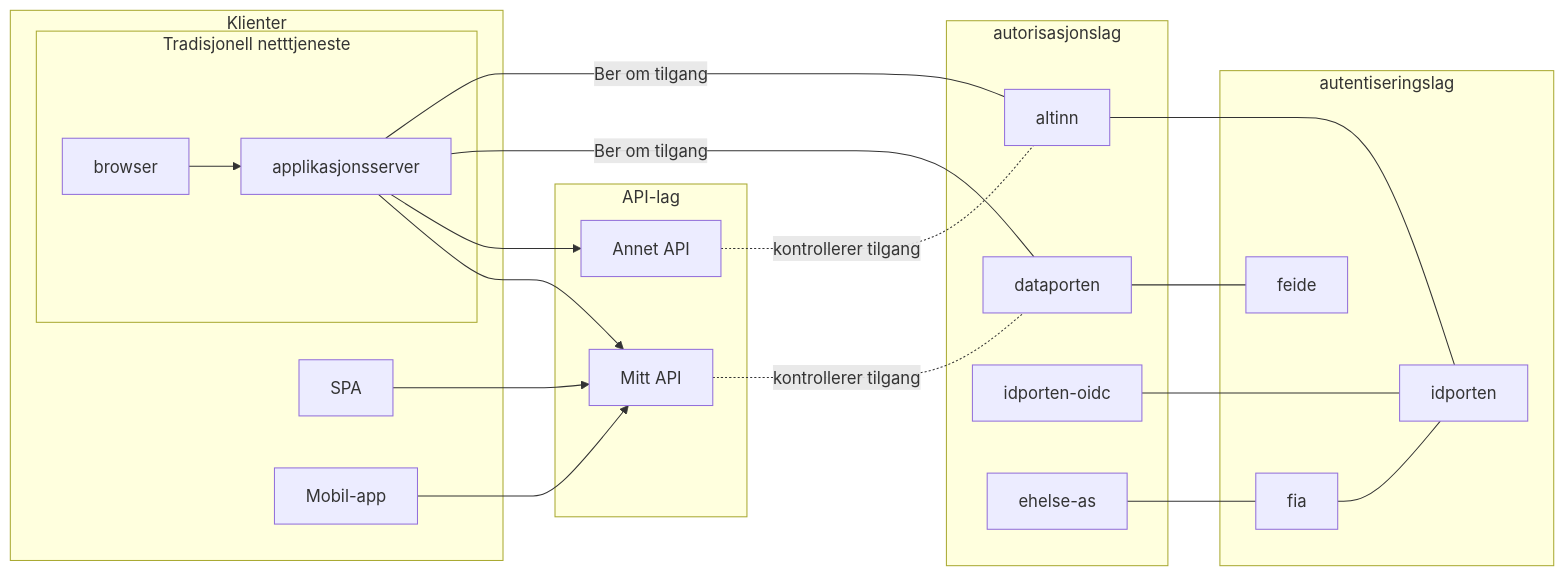
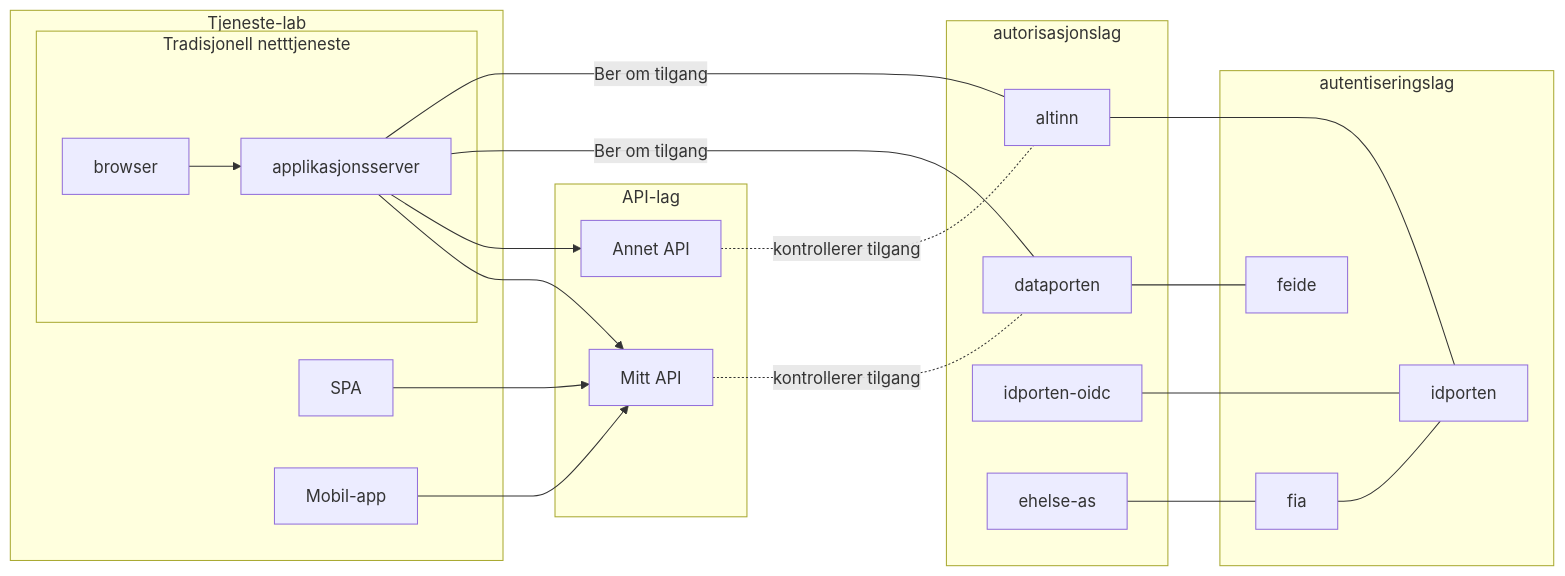
One commit to joergenb/oauth2-veileder changed the diagram in pages/oauth2/systemlandskap.md. Above: the diagram before and after it, drawn with Mermaid. The commit also changed other lines of this file and 12 other files, not shown here.

```diff
--- a/pages/oauth2/systemlandskap.md
+++ b/pages/oauth2/systemlandskap.md
@@ -15,49 +15,49 @@
 <div class="mermaid">
 graph LR
 
  subgraph autorisasjonslag
   dataporten
   altinn
   idporten-oidc
   ehelse-as
  end
 
  subgraph API-lag
   mittapi["Mitt API"]
   dittapi["Annet API"]
 
   mittapi-. kontrollerer tilgang .- dataporten
   dittapi-. kontrollerer tilgang .- altinn
  end
 
- subgraph Klienter
+ subgraph Tjeneste-lab
   subgraph Tradisjonell netttjeneste
     browser
     applikasjonsserver
     browser-->applikasjonsserver
   end
   SPA
   native["Mobil-app"]
 
   applikasjonsserver-->mittapi
   applikasjonsserver-->dittapi
   applikasjonsserver-- Ber om tilgang --- dataporten
   applikasjonsserver-- Ber om tilgang --- altinn
 
   SPA-->mittapi
   native-->mittapi
  end
 
  subgraph autentiseringslag
    idporten
    feide
    fia
 
    idporten-oidc  --- idporten
    dataporten --- feide
    altinn --- idporten
    ehelse-as --- fia
    fia --- idporten
  end
 
 </div>
```
